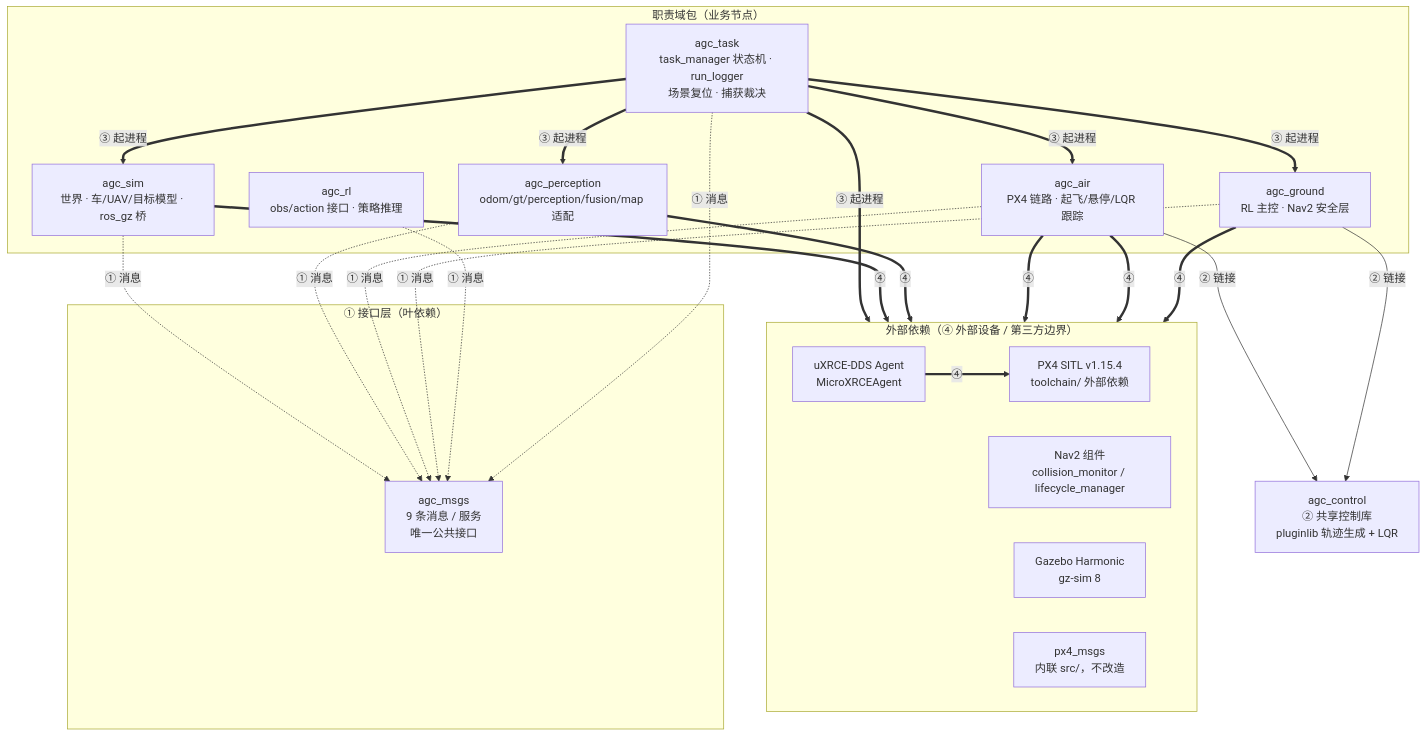
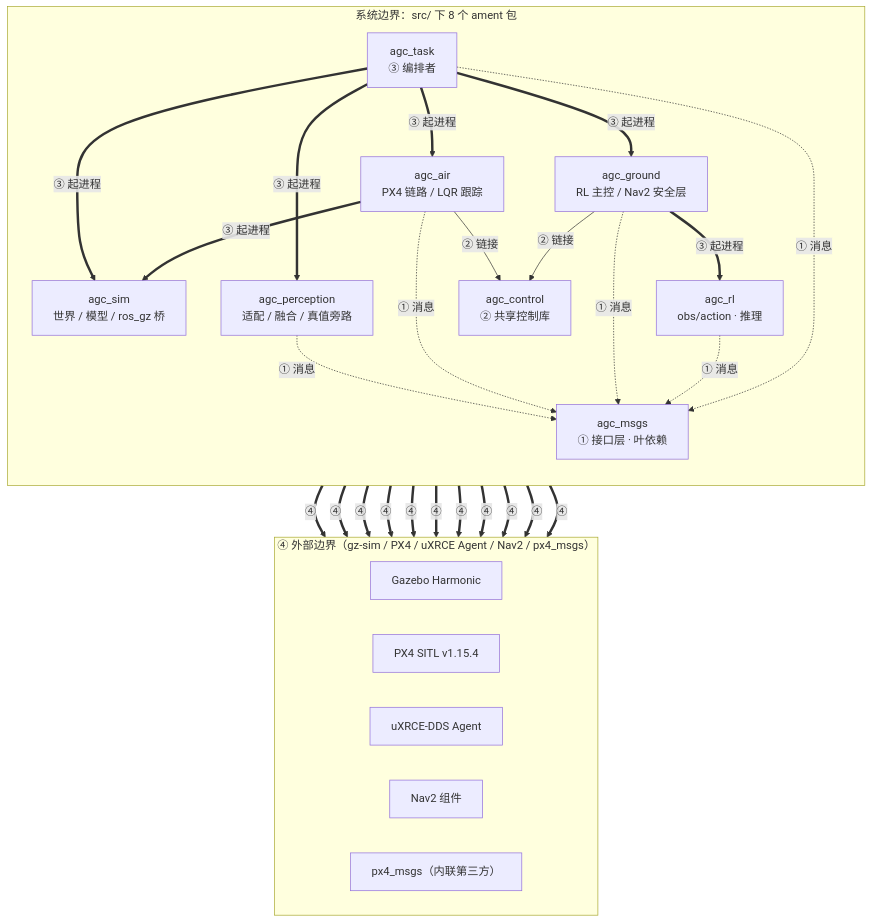
Before and after one commit to loiterlogic/air-ground-counter-drone: the first of 2 diagrams in docs/conventions/系统结构图.md, drawn with Mermaid. The commit also changed other lines of this file and 8 other files, not shown here.

First line of the commit message:
docs(structure): 系统结构图重画为分层概览 + 独立明细，修正包边界事实漂移（F2）

````diff
--- a/docs/conventions/系统结构图.md
+++ b/docs/conventions/系统结构图.md
@@ -13,53 +80,55 @@
 ```mermaid
 flowchart TB
-    subgraph EXT["外部依赖（④ 外部设备 / 第三方边界）"]
+    subgraph EXT["④ 外部边界（gz-sim / PX4 / uXRCE Agent / Nav2 / px4_msgs）"]
         direction LR
-        PX4["PX4 SITL v1.15.4<br/>toolchain/ 外部依赖"]
-        AGENT["uXRCE-DDS Agent<br/>MicroXRCEAgent"]
-        NAV2["Nav2 组件<br/>collision_monitor / lifecycle_manager"]
-        GZ["Gazebo Harmonic<br/>gz-sim 8"]
-        PX4MSGS["px4_msgs<br/>内联 src/，不改造"]
+        GZ["Gazebo Harmonic"]
+        PX4["PX4 SITL v1.15.4"]
+        AGENT["uXRCE-DDS Agent"]
+        NAV2["Nav2 组件"]
+        PX4MSGS["px4_msgs（内联第三方）"]
     end
 
-    subgraph IFACE["① 接口层（叶依赖）"]
-        MSGS["agc_msgs<br/>9 条消息 / 服务<br/>唯一公共接口"]
+    subgraph SYS["系统边界：src/ 下 8 个 ament 包"]
+        direction TB
+        TASK["agc_task<br/>③ 编排者"]
+        SIM["agc_sim<br/>世界 / 模型 / ros_gz 桥"]
+        PER["agc_perception<br/>适配 / 融合 / 真值旁路"]
+        AIR["agc_air<br/>PX4 链路 / LQR 跟踪"]
+        GROUND["agc_ground<br/>RL 主控 / Nav2 安全层"]
+        RL["agc_rl<br/>obs/action · 推理"]
+        CTRL["agc_control<br/>② 共享控制库"]
+        MSGS["agc_msgs<br/>① 接口层 · 叶依赖"]
     end
 
-    subgraph DOMAIN["职责域包（业务节点）"]
-        SIM["agc_sim<br/>世界 · 车/UAV/目标模型 · ros_gz 桥"]
-        PER["agc_perception<br/>odom/gt/perception/fusion/map 适配"]
-        AIR["agc_air<br/>PX4 链路 · 起飞/悬停/LQR 跟踪"]
-        GROUND["agc_ground<br/>RL 主控 · Nav2 安全层"]
-        RL["agc_rl<br/>obs/action 接口 · 策略推理"]
-        TASK["agc_task<br/>task_manager 状态机 · run_logger<br/>场景复位 · 捕获裁决"]
-    end
+    %% ③ 运行组合：起进程，不链接实现库
+    TASK ==③ 起进程==> SIM
+    TASK ==③ 起进程==> PER
+    TASK ==③ 起进程==> AIR
+    TASK ==③ 起进程==> GROUND
+    AIR ==③ 起进程==> SIM
+    GROUND ==③ 起进程==> RL
 
-    CTRL["agc_control<br/>② 共享控制库<br/>pluginlib 轨迹生成 + LQR"]
+    %% ② 库链接：仅 agc_control 这一处例外（ADR-0018）
+    AIR --② 链接--> CTRL
+    GROUND --② 链接--> CTRL
 
-    %% ① 消息依赖：所有域包 → agc_msgs（叶依赖，不依赖任何兄弟包）
-    SIM -.① 消息.-> MSGS
+    %% ① 消息：一律经 agc_msgs，叶依赖无出边
     PER -.① 消息.-> MSGS
     AIR -.① 消息.-> MSGS
     GROUND -.① 消息.-> MSGS
     RL -.① 消息.-> MSGS
     TASK -.① 消息.-> MSGS
 
-    %% ② 库链接：仅 air / ground 链接同一控制实现
-    AIR --② 链接--> CTRL
-    GROUND --② 链接--> CTRL
-
-    %% ③ 运行组合：agc_task 在 launch 里起这些进程（exec_depend，不链接实现库）
-    TASK ==③ 起进程==> SIM
-    TASK ==③ 起进程==> PER
-    TASK ==③ 起进程==> AIR
-    TASK ==③ 起进程==> GROUND
-    TASK ==③ 起进程==> NAV2
-
-    %% ④ 外部边界
+    %% ④ 外部边界（出界；12 条，与 EXT_RELATIONS 逐条一致；不画成包间的线）
     SIM ==④==> GZ
     PER ==④==> GZ
+    AIR ==④==> PX4
+    TASK ==④==> PX4
     AIR ==④==> AGENT
-    AGENT ==④==> PX4
+    TASK ==④==> AGENT
     AIR ==④==> PX4MSGS
+    TASK ==④==> PX4MSGS
     GROUND ==④==> NAV2
+    AIR ==④==> NAV2
+    TASK ==④==> NAV2
 ```
````
